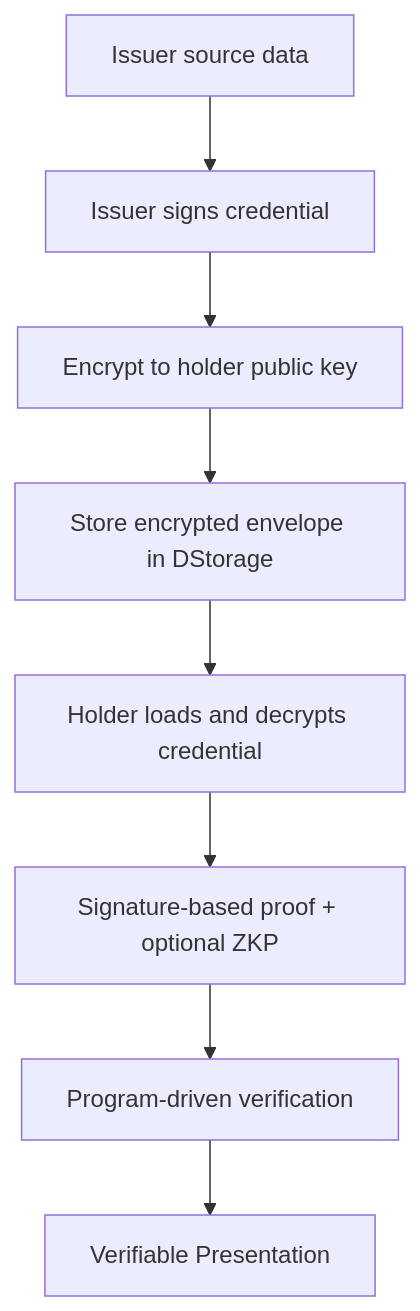
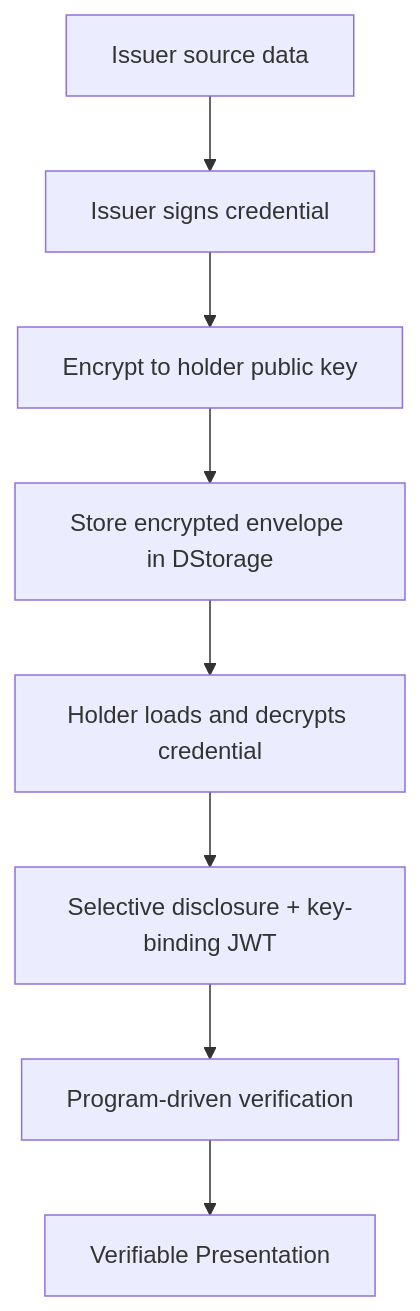
One commit to MocaNetwork/docs changed the diagram in learn/airkit/credentials.mdx. Above: the diagram before and after it, drawn with Mermaid. The commit also changed other lines of this file and 53 other files, not shown here.

````diff
--- a/learn/airkit/credentials.mdx
+++ b/learn/airkit/credentials.mdx
@@ -21,10 +21,10 @@
 ```mermaid
 graph TD
     A[Issuer source data] --> B[Issuer signs credential]
     B --> C[Encrypt to holder public key]
     C --> D[Store encrypted envelope in DStorage]
     D --> E[Holder loads and decrypts credential]
-    E --> F[Signature-based proof + optional ZKP]
+    E --> F[Selective disclosure + key-binding JWT]
     F --> G[Program-driven verification]
     G --> H[Verifiable Presentation]
 ```
````
